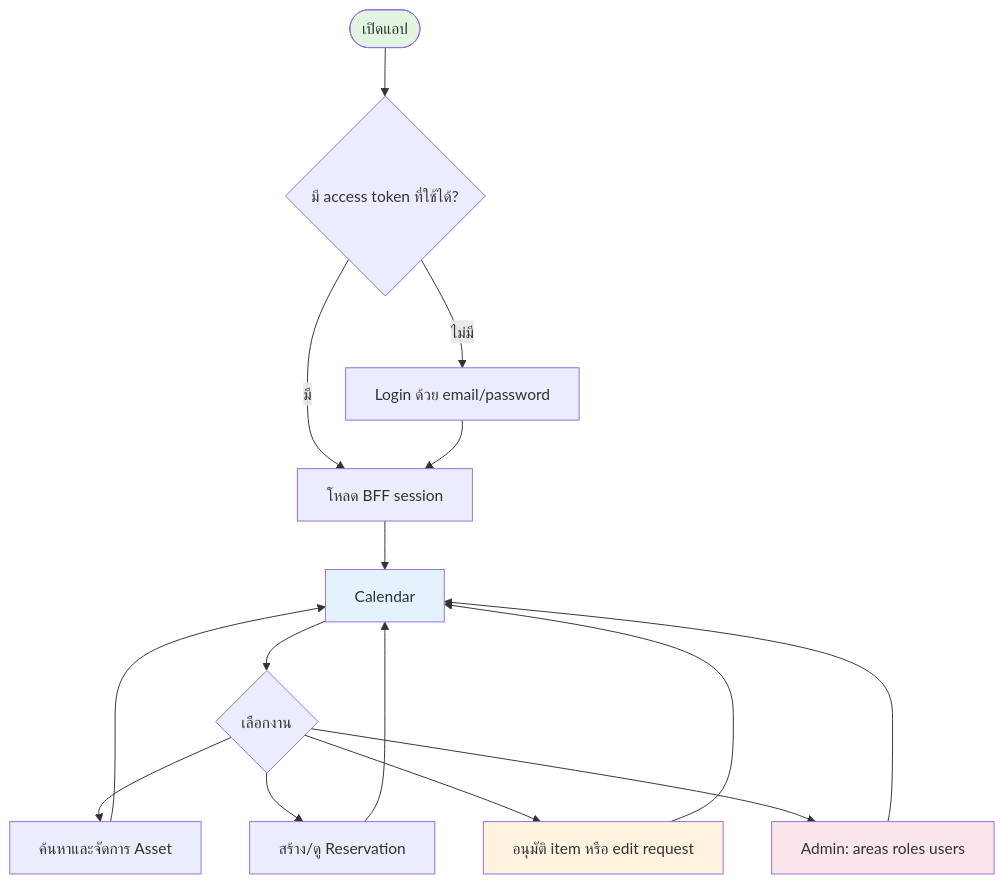
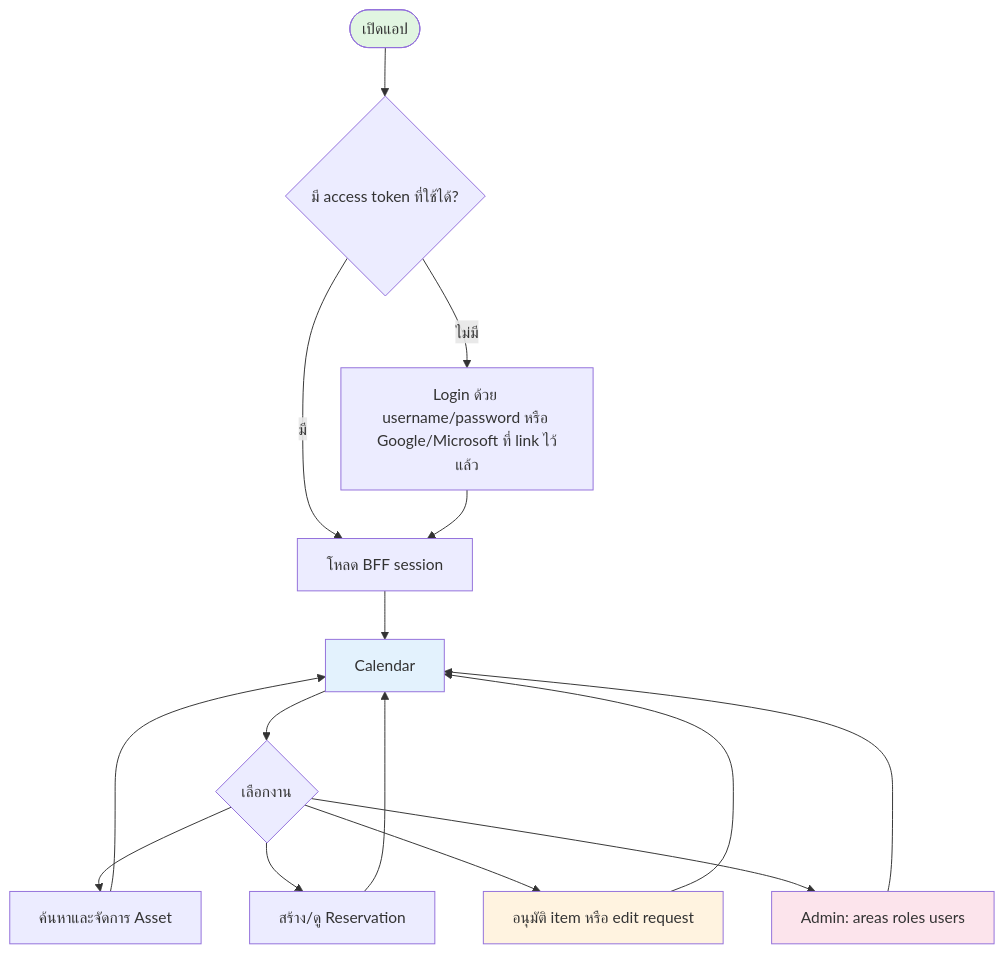
The first of 2 diagrams in docs/frontend_spec/implementation-status.md (Faiisu/asset-reserve), drawn with Mermaid before and after one commit. The commit also changed other lines of this file and 9 other files, not shown here.

````diff
--- a/docs/frontend_spec/implementation-status.md
+++ b/docs/frontend_spec/implementation-status.md
@@ -9,22 +9,22 @@
 ```mermaid
 flowchart TB
     A([เปิดแอป]) --> B{มี access token ที่ใช้ได้?}
-    B -->|ไม่มี| C[Login ด้วย email/password]
+    B -->|ไม่มี| C[Login ด้วย username/password หรือ Google/Microsoft ที่ link ไว้แล้ว]
     B -->|มี| D[โหลด BFF session]
     C --> D
     D --> E[Calendar]
     E --> F{เลือกงาน}
     F --> G[ค้นหาและจัดการ Asset]
     F --> H[สร้าง/ดู Reservation]
     F --> I[อนุมัติ item หรือ edit request]
     F --> J[Admin: areas roles users]
     G --> E
     H --> E
     I --> E
     J --> E
 
     style A fill:#e1f5e1
     style E fill:#e3f2fd
     style I fill:#fff3e0
     style J fill:#fce4ec
 ```
````
